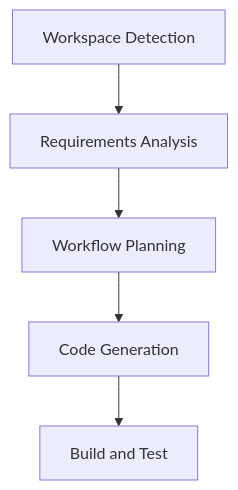
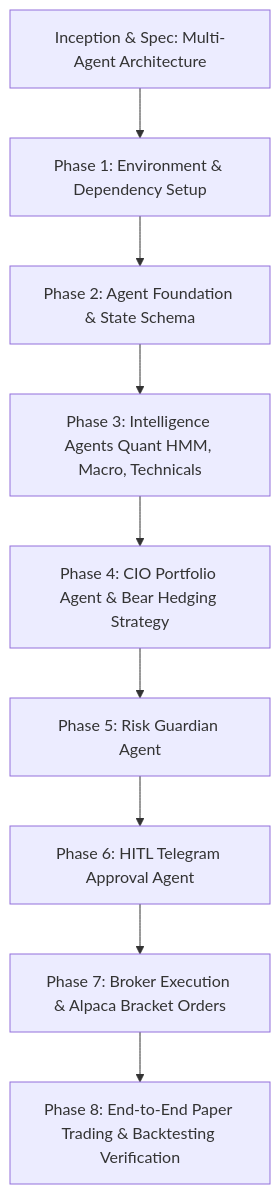
One commit to kkashish-10/ThinkTank changed the diagram in aidlc-docs/inception/plans/workflow-plan.md. Above: the diagram before and after it, drawn with Mermaid. The commit also changed other lines of this file and 31 other files, not shown here.

Commit message:
feat: implement multi-agent trading system with TradingView paper trading and Telegram HITL

````diff
--- a/aidlc-docs/inception/plans/workflow-plan.md
+++ b/aidlc-docs/inception/plans/workflow-plan.md
@@ -20,7 +5,11 @@
 ```mermaid
 graph TD
-    A[Workspace Detection] --> B[Requirements Analysis]
-    B --> C[Workflow Planning]
-    C --> D[Code Generation]
-    D --> E[Build and Test]
+    A[Inception & Spec: Multi-Agent Architecture] --> B[Phase 1: Environment & Dependency Setup]
+    B --> C[Phase 2: Agent Foundation & State Schema]
+    C --> D[Phase 3: Intelligence Agents Quant HMM, Macro, Technicals]
+    D --> E[Phase 4: CIO Portfolio Agent & Bear Hedging Strategy]
+    E --> F[Phase 5: Risk Guardian Agent]
+    F --> G[Phase 6: HITL Telegram Approval Agent]
+    G --> H[Phase 7: Broker Execution & Alpaca Bracket Orders]
+    H --> I[Phase 8: End-to-End Paper Trading & Backtesting Verification]
 ```
````
